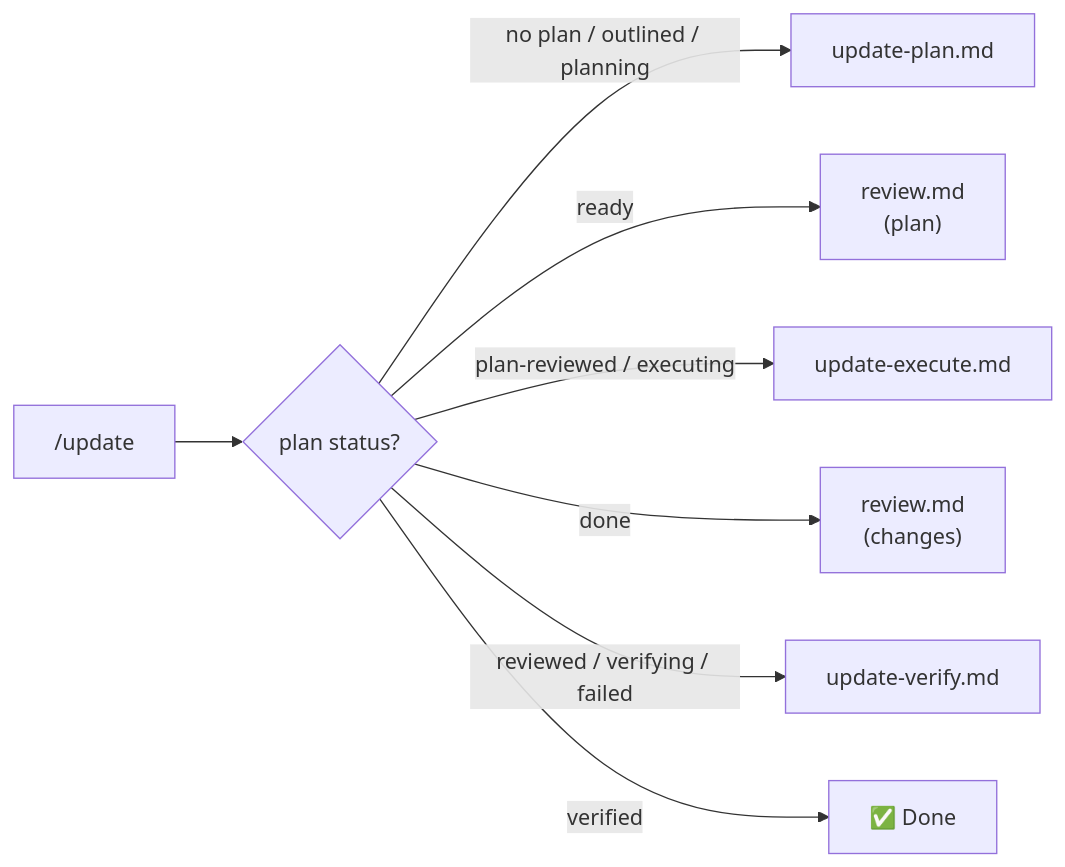
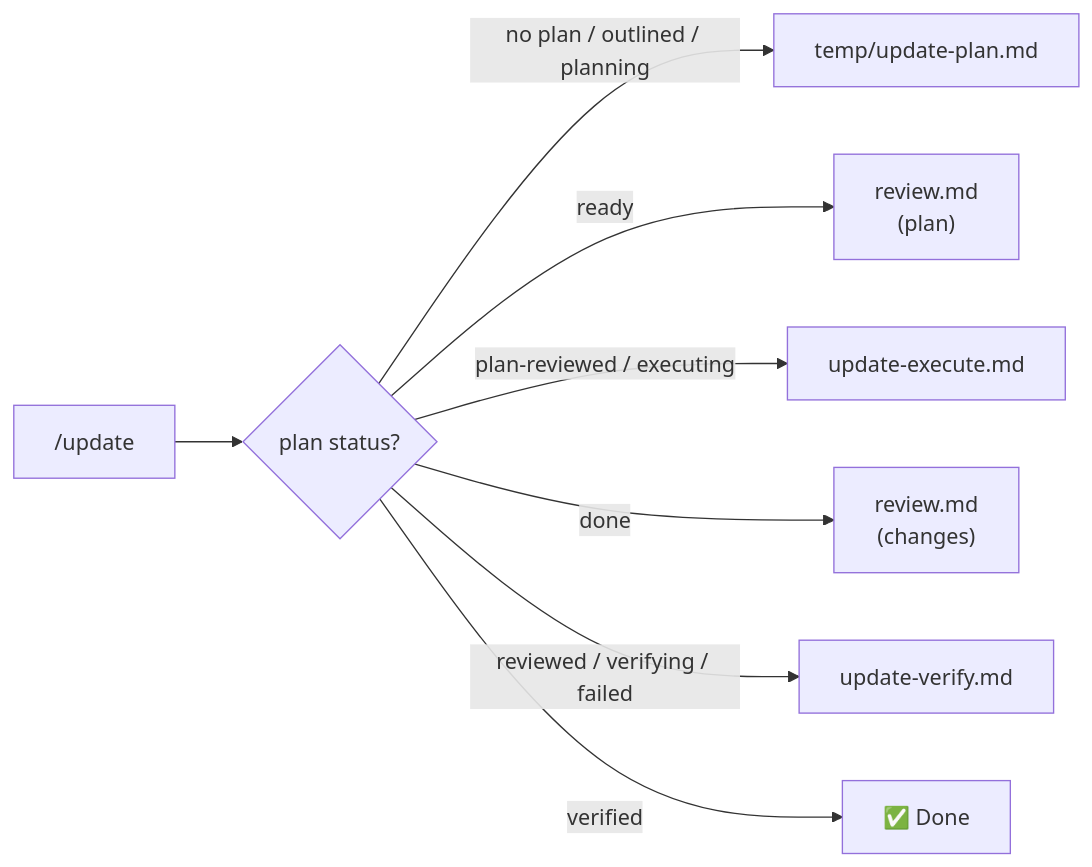
Before and after one commit to duranserkan/DRN-Project: the diagram in .agent/workflows/update.md, drawn with Mermaid. The commit also changed other lines of this file and 12 other files, not shown here.

````diff
--- a/.agent/workflows/update.md
+++ b/.agent/workflows/update.md
@@ -16,10 +16,10 @@
 ```mermaid
 flowchart LR
     A["/update"] --> B{"plan status?"}
-    B -- "no plan / outlined / planning" --> C["update-plan.md"]
+    B -- "no plan / outlined / planning" --> C["temp/update-plan.md"]
     B -- "ready" --> D["review.md\n(plan)"]
     B -- "plan-reviewed / executing" --> E["update-execute.md"]
     B -- "done" --> F["review.md\n(changes)"]
     B -- "reviewed / verifying / failed" --> G["update-verify.md"]
     B -- "verified" --> H["✅ Done"]
 ```
````
